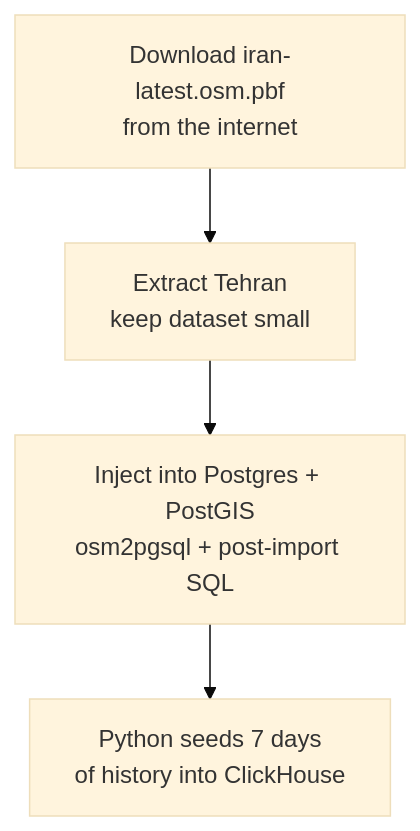
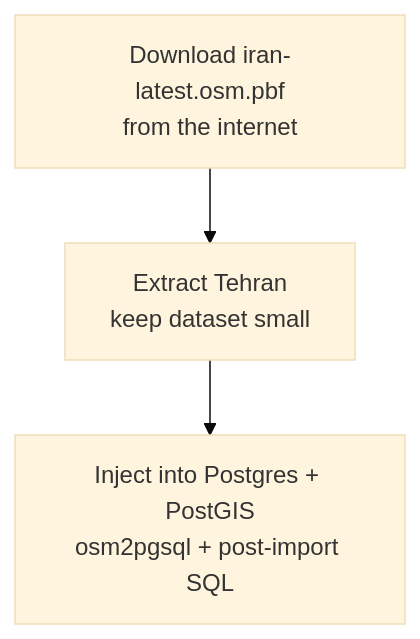
The third of 3 diagrams in README.md (km1368/geostream-maps), drawn with Mermaid (base theme) before and after one commit. The commit also changed other lines of this file and 7 other files, not shown here.

````diff
--- a/README.md
+++ b/README.md
@@ -58,6 +57,5 @@
 ```mermaid
 flowchart TD
     A["Download iran-latest.osm.pbf<br/>from the internet"] --> B["Extract Tehran<br/>keep dataset small"]
     B --> C["Inject into Postgres + PostGIS<br/>osm2pgsql + post-import SQL"]
-    C --> D["Python seeds 7 days<br/>of history into ClickHouse"]
 ```
````
